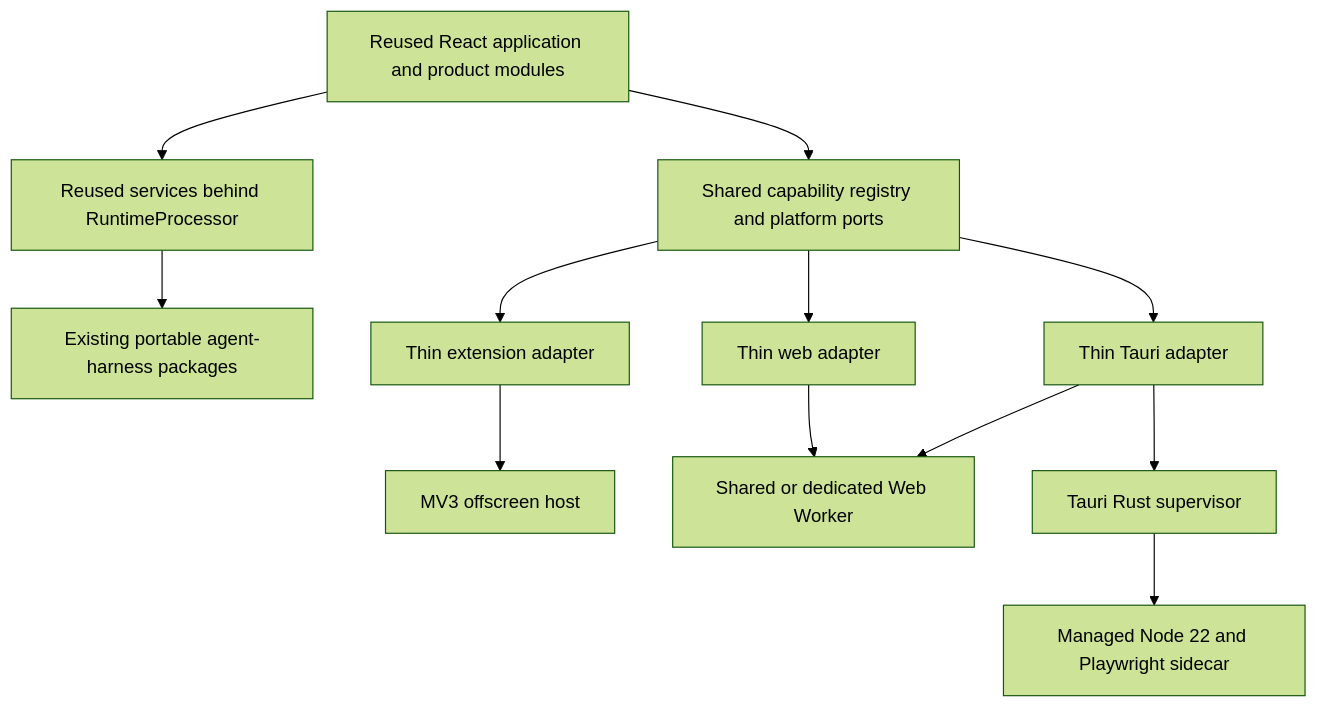
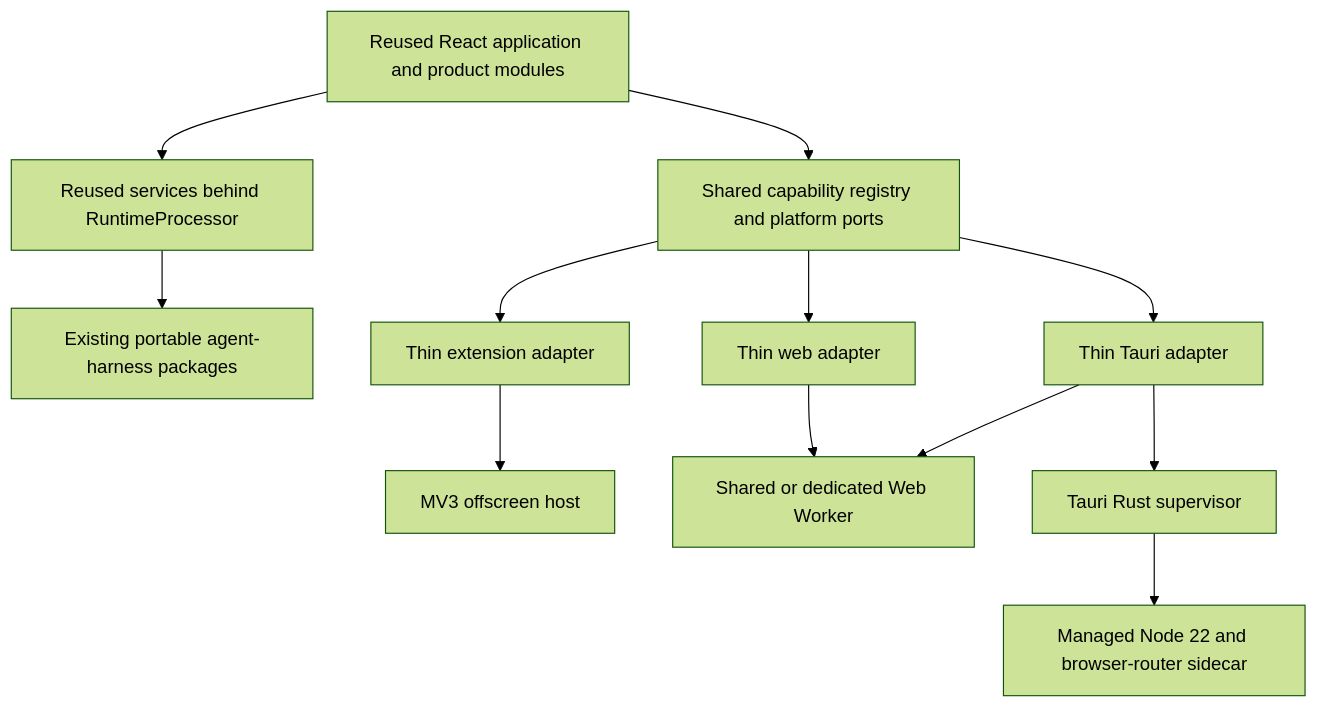
The diagram in docs/plans/multi-environment-architecture.md (zrg-team/memorall), drawn with Mermaid (forest theme) before and after one commit. The commit also changed other lines of this file and 67 other files, not shown here.

First line of the commit message:
chore(desktop): add managed browser runtime and LLM model catalog work

````diff
--- a/docs/plans/multi-environment-architecture.md
+++ b/docs/plans/multi-environment-architecture.md
@@ -24,26 +24,26 @@
 ```mermaid
 flowchart TD
     UI["Reused React application and product modules"]
     CAPS["Shared capability registry and platform ports"]
     RUNTIME["Reused services behind RuntimeProcessor"]
     HARNESS["Existing portable agent-harness packages"]
     EXT["Thin extension adapter"]
     WEB["Thin web adapter"]
     DESK["Thin Tauri adapter"]
     OFF["MV3 offscreen host"]
     WORKER["Shared or dedicated Web Worker"]
     NATIVE["Tauri Rust supervisor"]
-    SIDE["Managed Node 22 and Playwright sidecar"]
+    SIDE["Managed Node 22 and browser-router sidecar"]
 
     UI --> CAPS
     UI --> RUNTIME
     RUNTIME --> HARNESS
     CAPS --> EXT
     CAPS --> WEB
     CAPS --> DESK
     EXT --> OFF
     WEB --> WORKER
     DESK --> WORKER
     DESK --> NATIVE
     NATIVE --> SIDE
 ```
````
